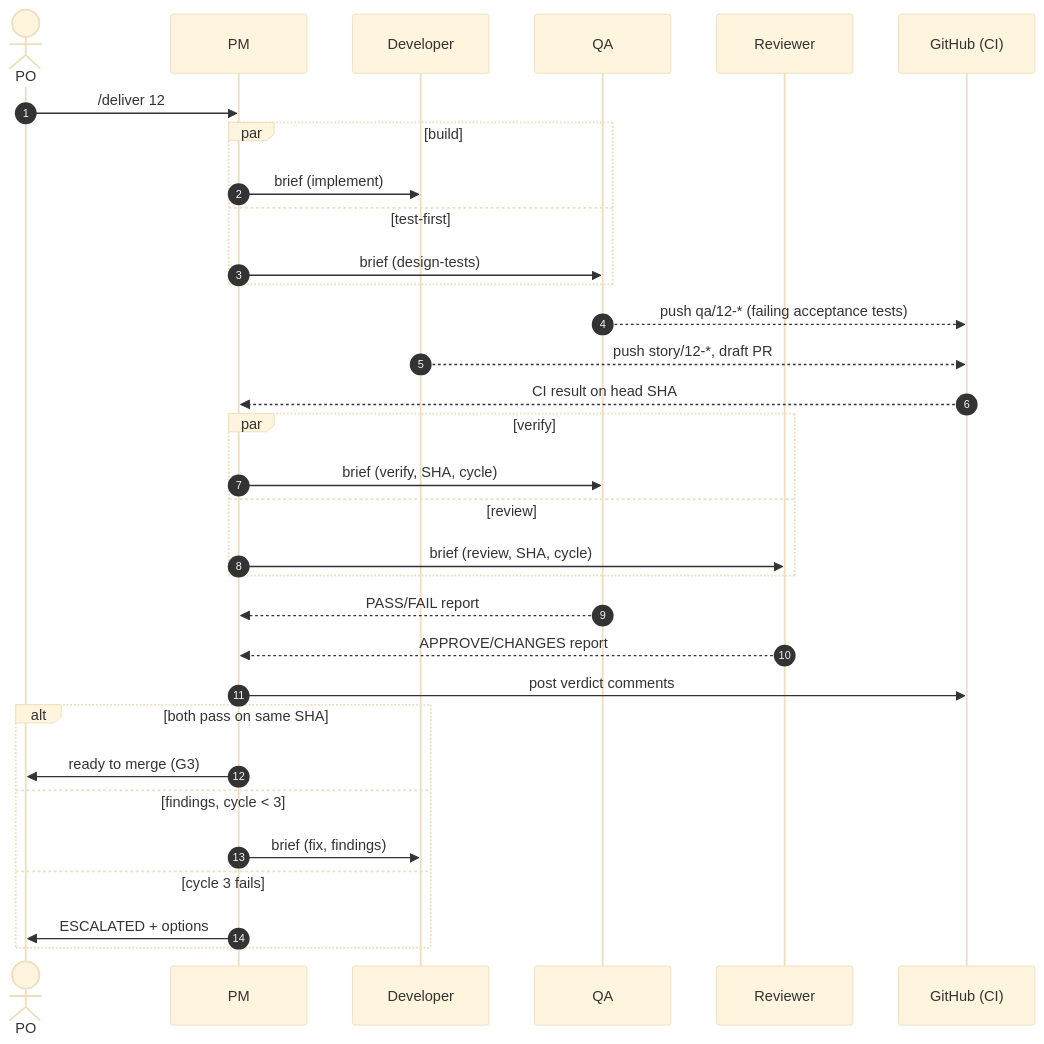
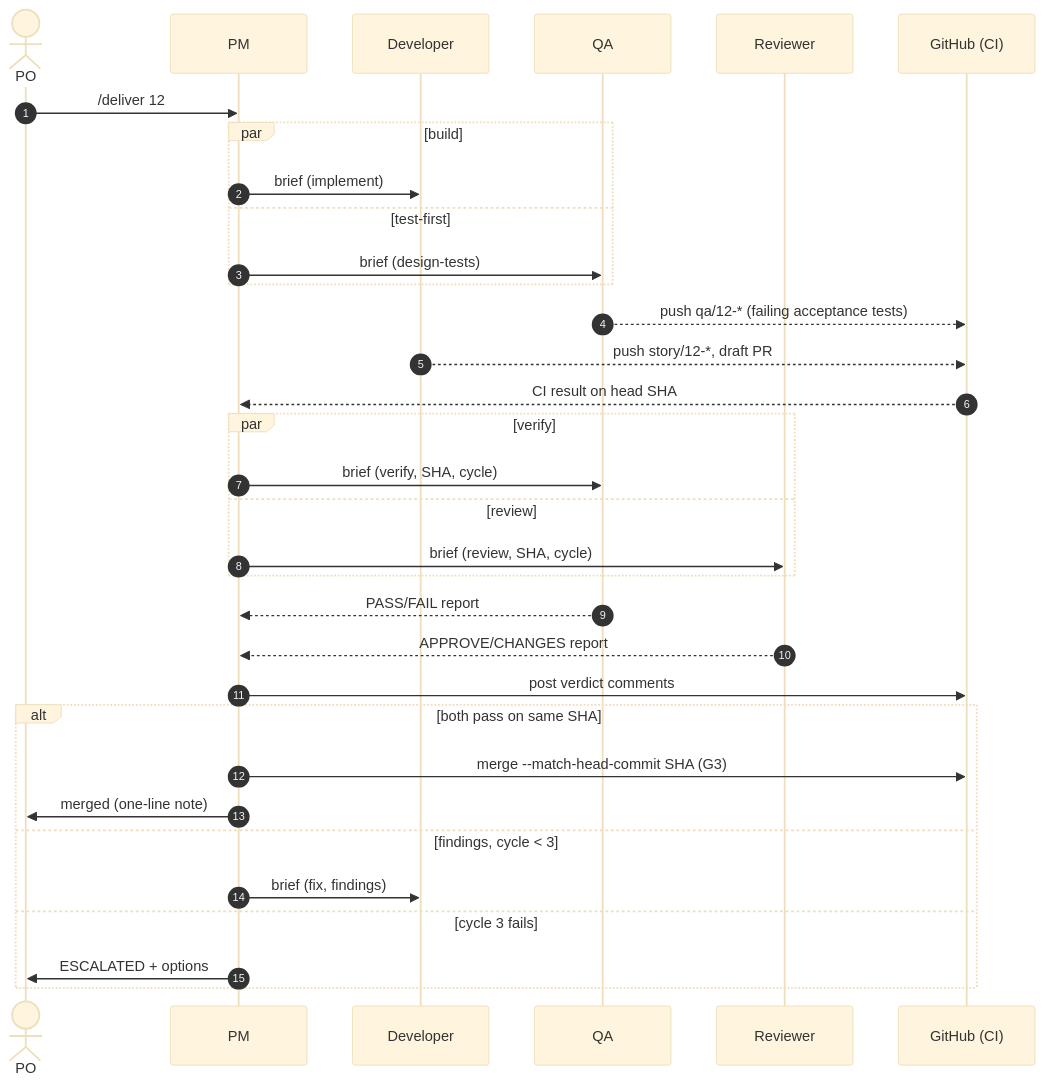
One commit to pouyafath/agentic-team changed the second of 2 diagrams in docs/04-workflow.md. Above: the diagram before and after it, drawn with Mermaid (base theme). The commit also changed other lines of this file and 14 other files, not shown here.

````diff
--- a/docs/04-workflow.md
+++ b/docs/04-workflow.md
@@ -40,34 +40,35 @@
 ```mermaid
 sequenceDiagram
   autonumber
   actor PO
   participant PM
   participant DEV as Developer
   participant QA
   participant REV as Reviewer
   participant GH as GitHub (CI)
   PO->>PM: /deliver 12
   par build
     PM->>DEV: brief (implement)
   and test-first
     PM->>QA: brief (design-tests)
   end
   QA-->>GH: push qa/12-* (failing acceptance tests)
   DEV-->>GH: push story/12-*, draft PR
   GH-->>PM: CI result on head SHA
   par verify
     PM->>QA: brief (verify, SHA, cycle)
   and review
     PM->>REV: brief (review, SHA, cycle)
   end
   QA-->>PM: PASS/FAIL report
   REV-->>PM: APPROVE/CHANGES report
   PM->>GH: post verdict comments
   alt both pass on same SHA
-    PM->>PO: ready to merge (G3)
+    PM->>GH: merge --match-head-commit SHA (G3)
+    PM->>PO: merged (one-line note)
   else findings, cycle < 3
     PM->>DEV: brief (fix, findings)
   else cycle 3 fails
     PM->>PO: ESCALATED + options
   end
 ```
````
